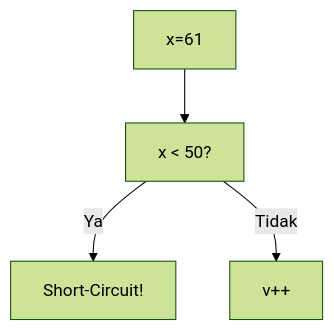
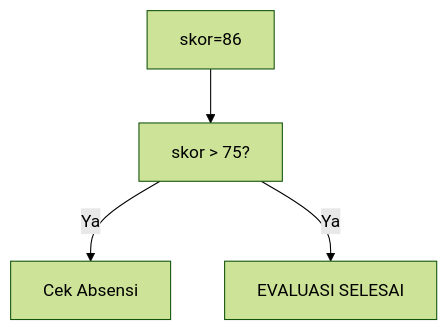
Before and after one commit to amnahwaida/OSNK_INF_PREP: the eighth of 25 diagrams in part-c-pemahaman-cpp/02-percabangan/latihan/set-08.md, drawn with Mermaid (forest theme). The commit also changed other lines of this file and 71 other files, not shown here.

````diff
--- a/part-c-pemahaman-cpp/02-percabangan/latihan/set-08.md
+++ b/part-c-pemahaman-cpp/02-percabangan/latihan/set-08.md
@@ -218,6 +229,6 @@
 ```mermaid
 graph TD
-A["x=61"] --> B["x < 50?"]
-B -- Ya --> C["Short-Circuit!"]
-B -- Tidak --> D["v++"]
+A["skor=86"] --> B["skor > 75?"]
+B -- Ya --> C["Cek Absensi"]
+B -- Ya --> D["EVALUASI SELESAI"]
 ```
````
